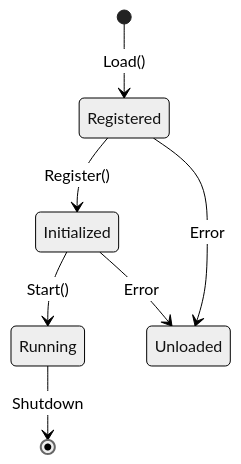
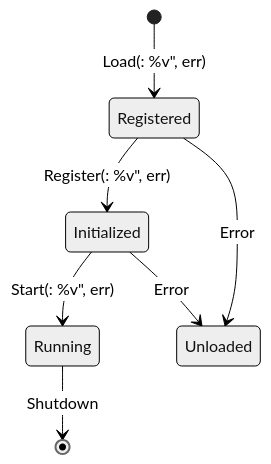
One commit to iota-uz/iota-sdk changed the first of 13 diagrams in docs/content/architecture/module-system.mdx. Above: the diagram before and after it, drawn with Mermaid (neutral theme). The commit also changed other lines of this file and 22 other files, not shown here.

````diff
--- a/docs/content/architecture/module-system.mdx
+++ b/docs/content/architecture/module-system.mdx
@@ -12,10 +12,10 @@
 ```mermaid
 stateDiagram-v2
-    [*] --> Registered: Load()
-    Registered --> Initialized: Register()
-    Initialized --> Running: Start()
+    [*] --> Registered: Load(: %v", err)
+    Registered --> Initialized: Register(: %v", err)
+    Initialized --> Running: Start(: %v", err)
     Running --> [*]: Shutdown
     
     Registered --> Unloaded: Error
     Initialized --> Unloaded: Error
 ```
````
